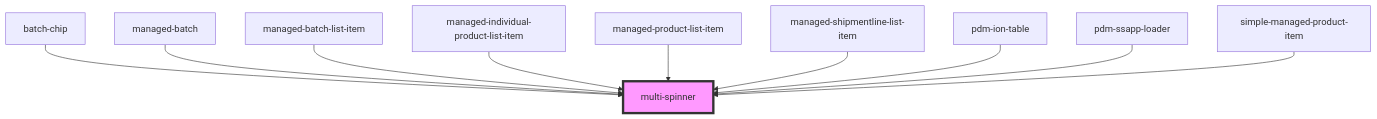
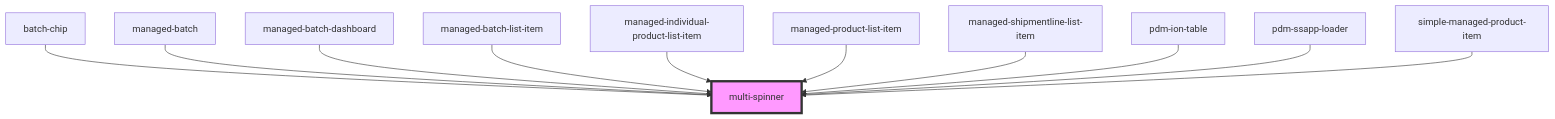
One commit to PharmaLedger-IMI/fgt-workspace changed the diagram in pdm-web-components/src/components/multi-spinner/readme.md. Above: the diagram before and after it, drawn with Mermaid. The commit also changed other lines of this file and 12 other files, not shown here.

````diff
--- a/pdm-web-components/src/components/multi-spinner/readme.md
+++ b/pdm-web-components/src/components/multi-spinner/readme.md
@@ -30,13 +31,14 @@
 ```mermaid
 graph TD;
   batch-chip --> multi-spinner
   managed-batch --> multi-spinner
+  managed-batch-dashboard --> multi-spinner
   managed-batch-list-item --> multi-spinner
   managed-individual-product-list-item --> multi-spinner
   managed-product-list-item --> multi-spinner
   managed-shipmentline-list-item --> multi-spinner
   pdm-ion-table --> multi-spinner
   pdm-ssapp-loader --> multi-spinner
   simple-managed-product-item --> multi-spinner
   style multi-spinner fill:#f9f,stroke:#333,stroke-width:4px
 ```
````
